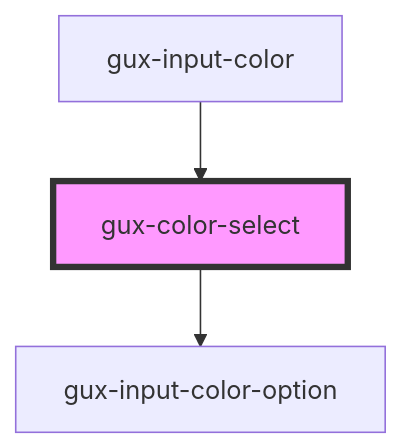
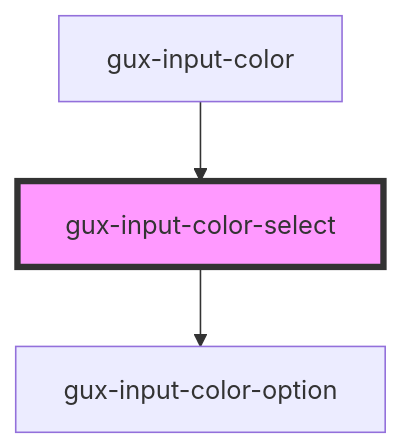
The diagram in src/components/stable/gux-form-field/components/gux-input-color/components/gux-color-select/readme.md (MyPureCloud/genesys-webcomponents), drawn with Mermaid before and after one commit. The commit also changed 18 other files, not shown here.

````diff
--- a/src/components/stable/gux-form-field/components/gux-input-color/components/gux-color-select/readme.md
+++ b/src/components/stable/gux-form-field/components/gux-input-color/components/gux-color-select/readme.md
@@ -26,6 +26,6 @@
 ```mermaid
 graph TD;
-  gux-color-select --> gux-input-color-option
-  gux-input-color --> gux-color-select
-  style gux-color-select fill:#f9f,stroke:#333,stroke-width:4px
+  gux-input-color-select --> gux-input-color-option
+  gux-input-color --> gux-input-color-select
+  style gux-input-color-select fill:#f9f,stroke:#333,stroke-width:4px
 ```
````
